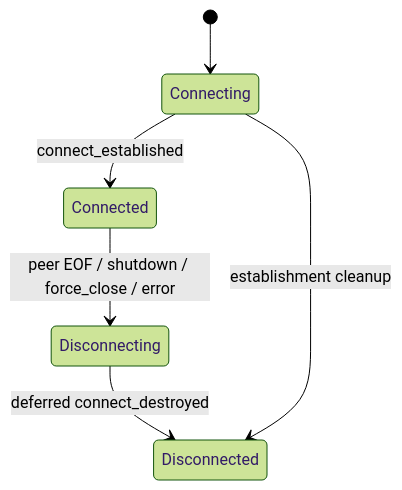
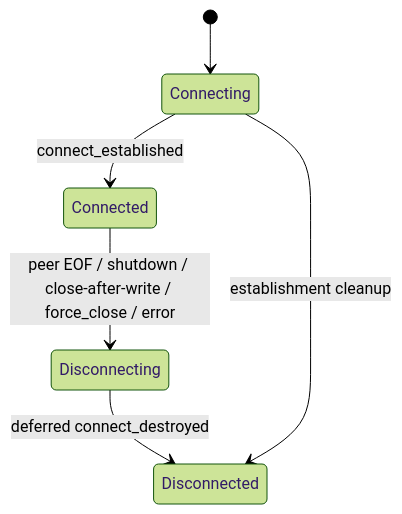
One commit to realme-max/IndustrialAIServiceFramework changed the third of 10 diagrams in docs/architecture.md. Above: the diagram before and after it, drawn with Mermaid (forest theme). The commit also changed other lines of this file and 36 other files, not shown here.

````diff
--- a/docs/architecture.md
+++ b/docs/architecture.md
@@ -356,8 +374,8 @@
 ```mermaid
 stateDiagram-v2
     [*] --> Connecting
     Connecting --> Connected: connect_established
-    Connected --> Disconnecting: peer EOF / shutdown / force_close / error
+    Connected --> Disconnecting: peer EOF / shutdown / close-after-write / force_close / error
     Disconnecting --> Disconnected: deferred connect_destroyed
     Connecting --> Disconnected: establishment cleanup
 ```
````
